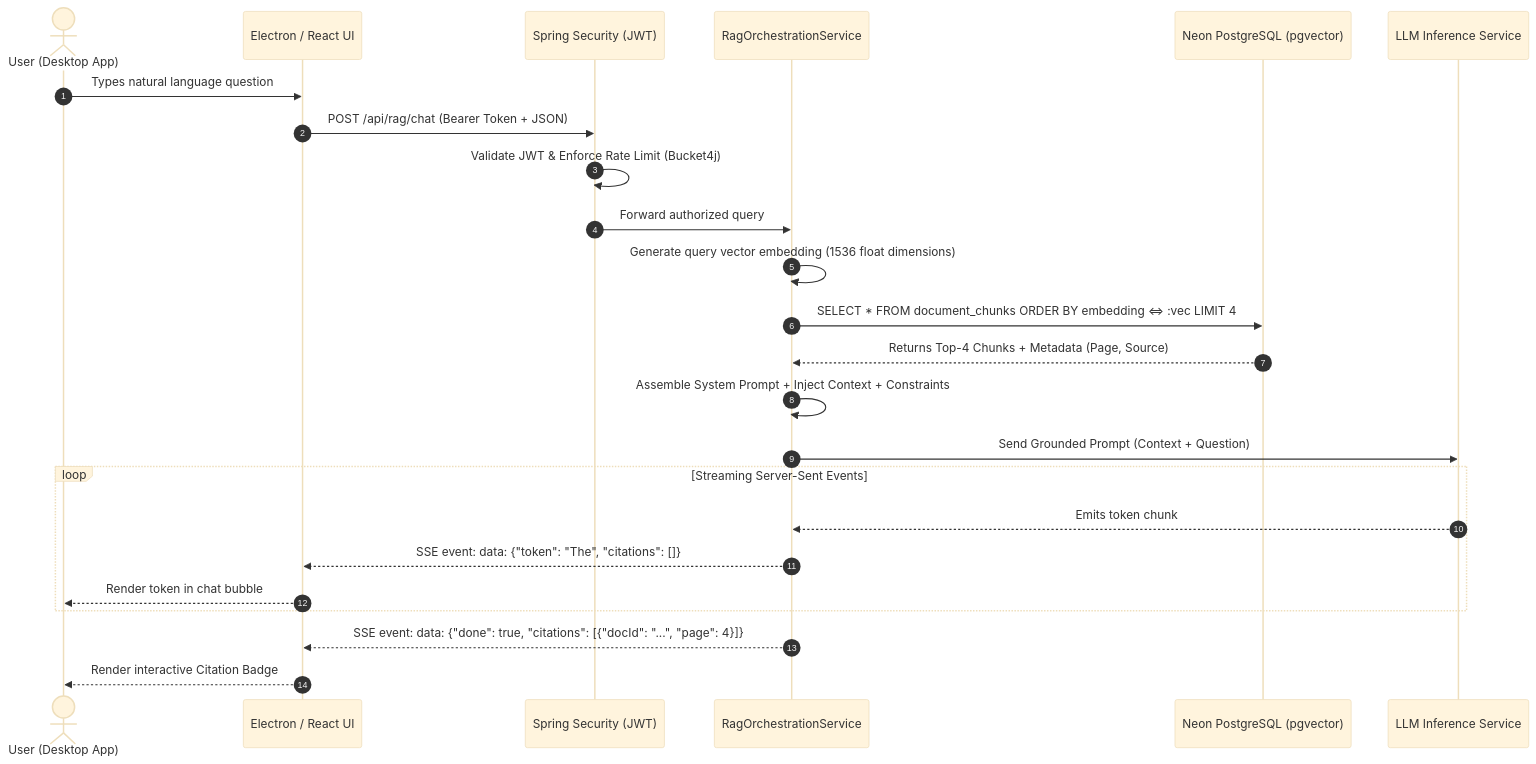
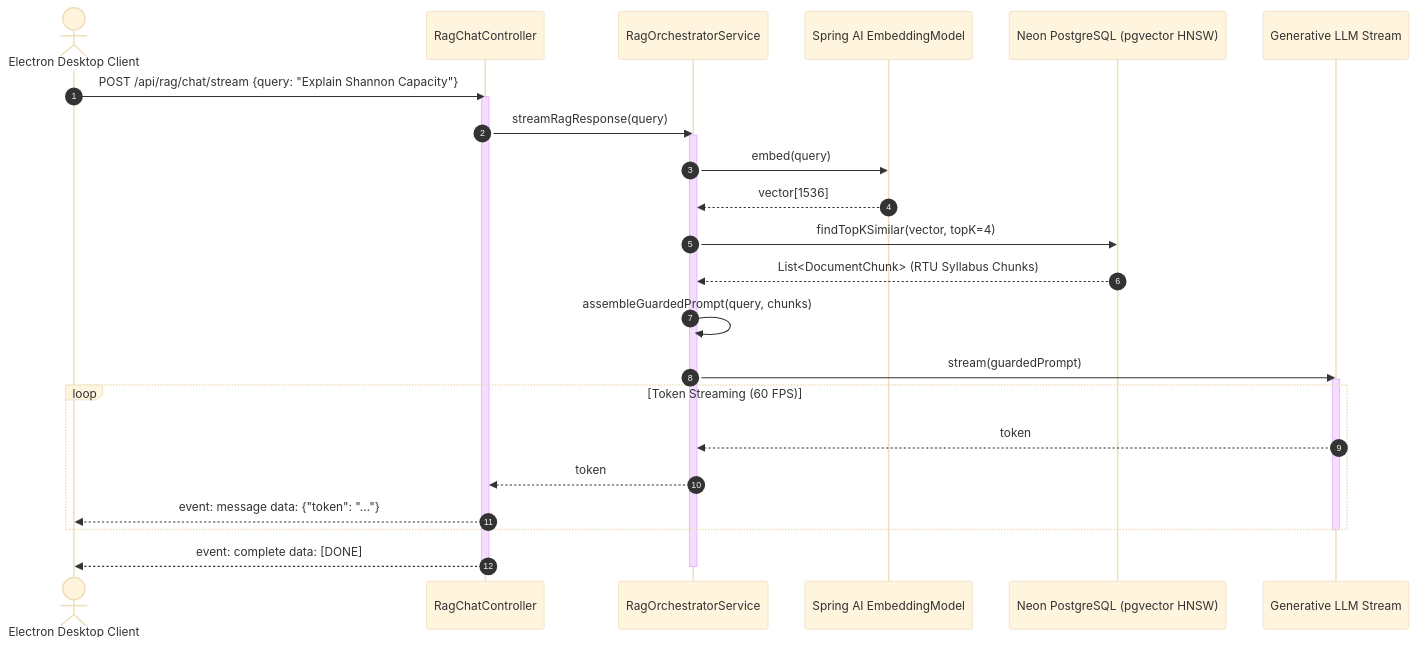
The third of 3 diagrams in docs/Master_Project_Report_50_Pages.md (shauryadixit005-lab/RAG_Project), drawn with Mermaid (base theme) before and after one commit. The commit also changed other lines of this file and 100 other files, not shown here.

````diff
--- a/docs/Master_Project_Report_50_Pages.md
+++ b/docs/Master_Project_Report_50_Pages.md
@@ -331,29 +332,31 @@
 ```mermaid
 sequenceDiagram
     autonumber
-    actor User as User (Desktop App)
-    participant Electron as Electron / React UI
-    participant Gateway as Spring Security (JWT)
-    participant RAG as RagOrchestrationService
-    participant Neon as Neon PostgreSQL (pgvector)
-    participant LLM as LLM Inference Service
+    actor Client as Electron Desktop Client
+    participant Controller as RagChatController
+    participant Orchestrator as RagOrchestratorService
+    participant Embedder as Spring AI EmbeddingModel
+    participant DB as Neon PostgreSQL (pgvector HNSW)
+    participant LLM as Generative LLM Stream
 
-    User->>Electron: Types natural language question
-    Electron->>Gateway: POST /api/rag/chat (Bearer Token + JSON)
-    Gateway->>Gateway: Validate JWT & Enforce Rate Limit (Bucket4j)
-    Gateway->>RAG: Forward authorized query
-    RAG->>RAG: Generate query vector embedding (1536 float dimensions)
-    RAG->>Neon: SELECT * FROM document_chunks ORDER BY embedding <=> :vec LIMIT 4
-    Neon-->>RAG: Returns Top-4 Chunks + Metadata (Page, Source)
-    RAG->>RAG: Assemble System Prompt + Inject Context + Constraints
-    RAG->>LLM: Send Grounded Prompt (Context + Question)
-    
-    loop Streaming Server-Sent Events
-        LLM-->>RAG: Emits token chunk
-        RAG-->>Electron: SSE event: data: {"token": "The", "citations": []}
-        Electron-->>User: Render token in chat bubble
+    Client->>Controller: POST /api/rag/chat/stream {query: "Explain Shannon Capacity"}
+    activate Controller
+    Controller->>Orchestrator: streamRagResponse(query)
+    activate Orchestrator
+    Orchestrator->>Embedder: embed(query)
+    Embedder-->>Orchestrator: vector[1536]
+    Orchestrator->>DB: findTopKSimilar(vector, topK=4)
+    DB-->>Orchestrator: List<DocumentChunk> (RTU Syllabus Chunks)
+    Orchestrator->>Orchestrator: assembleGuardedPrompt(query, chunks)
+    Orchestrator->>LLM: stream(guardedPrompt)
+    activate LLM
+    loop Token Streaming (60 FPS)
+        LLM-->>Orchestrator: token
+        Orchestrator-->>Controller: token
+        Controller-->>Client: event: message data: {"token": "..."}
     end
-    
-    RAG-->>Electron: SSE event: data: {"done": true, "citations": [{"docId": "...", "page": 4}]}
-    Electron-->>User: Render interactive Citation Badge
+    deactivate LLM
+    Controller-->>Client: event: complete data: [DONE]
+    deactivate Orchestrator
+    deactivate Controller
 ```
````
